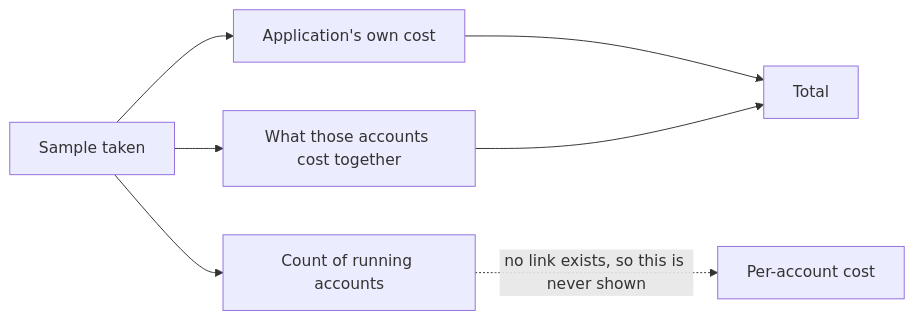
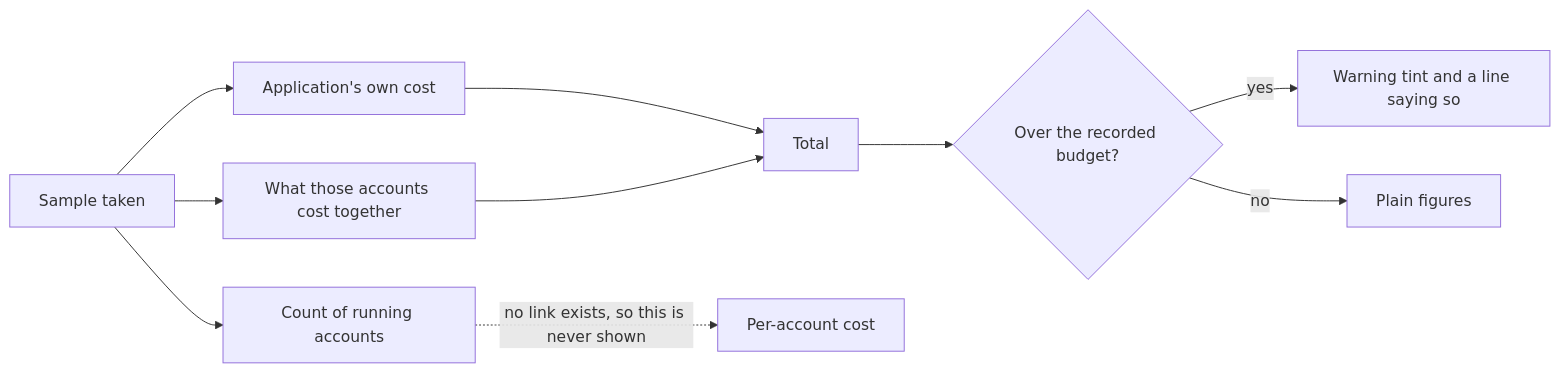
The second of 2 diagrams in docs/roadmap/05-memory-accounting/README.md (LucasSGomide/msg-idle-manager), drawn with Mermaid before and after one commit. The commit also changed other lines of this file and 1 other file, not shown here.

````diff
--- a/docs/roadmap/05-memory-accounting/README.md
+++ b/docs/roadmap/05-memory-accounting/README.md
@@ -109,9 +197,12 @@
 ```mermaid
 flowchart LR
     A[Sample taken] --> B[Application's own cost]
     A --> C[Count of running accounts]
     A --> D[What those accounts cost together]
     B --> E[Total]
     D --> E
+    E --> G{Over the recorded budget?}
+    G -->|yes| H[Warning tint and a line saying so]
+    G -->|no| I[Plain figures]
     C -.->|no link exists, so this is never shown| F[Per-account cost]
 ```
````
